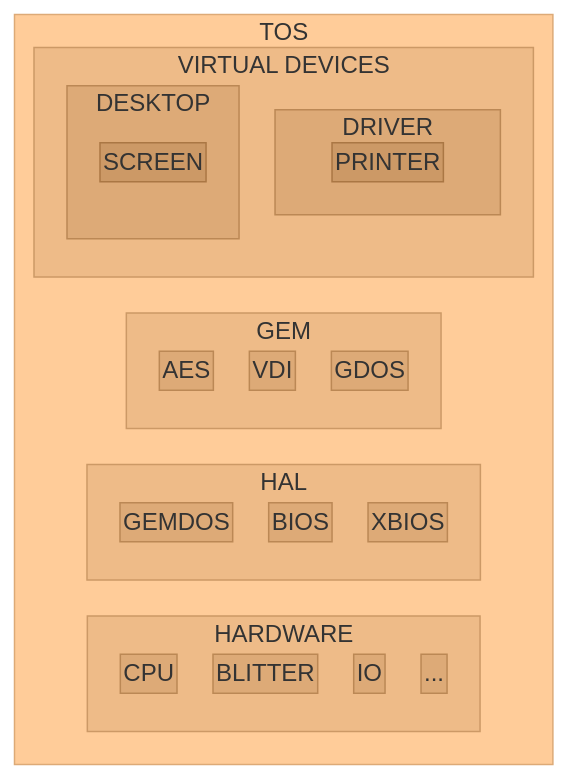
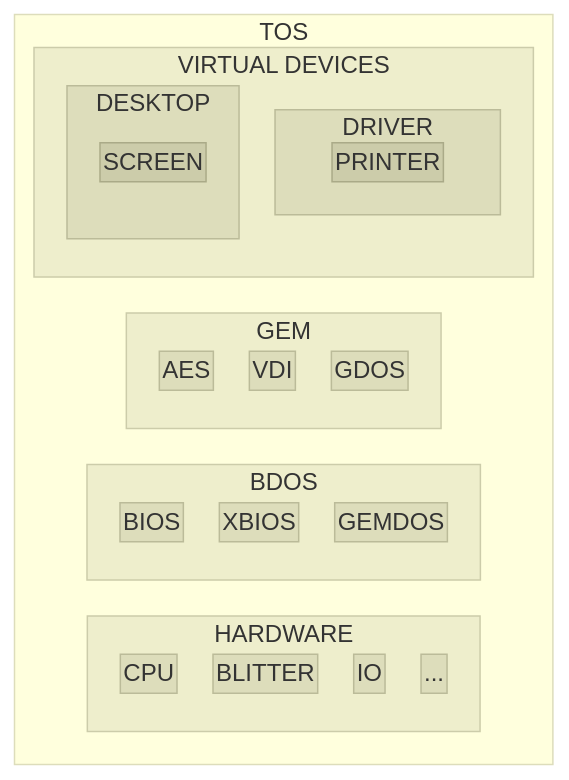
The diagram in README.md (Kochise/atari-tos), drawn with Mermaid before and after one commit. The commit also changed other lines of this file, not shown here.

````diff
--- a/README.md
+++ b/README.md
@@ -41,75 +63,75 @@
 ```mermaid
 %%{ init: { 'flowchart': { 'padding': 1, 'nodeSpacing': 24, 'rankSpacing': 1, 'diagramPadding': 1 }}}%%
 flowchart TD
 	subgraph TOS
 		subgraph HARDWARE
 			CPU
 			BLITTER
 			IO
 			...
 		end
-		subgraph HAL
-			GEMDOS
+		subgraph BDOS
 			BIOS
 			XBIOS
+			GEMDOS
 		end
 		subgraph GEM
 			AES
 			VDI
 			GDOS
 		end
 		subgraph VD[VIRTUAL DEVICES]
 			subgraph DRIVER
 				PRINTER
 			end
 			subgraph DESKTOP
 				SCREEN
 			end
 		end
 	end
 
 	click CPU "https://github.com/Kochise/atari-docs/tree/master/CPU68030" _blank
 	click BLITTER "https://github.com/Kochise/atari-docs/tree/master/BLITTER" _blank
 
-	click GEMDOS "https://github.com/Kochise/atari-tos/tree/master/HAL/GEMDOS" _blank
 	click BIOS "https://github.com/Kochise/atari-tos/tree/master/HAL/BIOS" _blank
 	click XBIOS "https://github.com/Kochise/atari-tos/tree/master/HAL/XBIOS" _blank
+	click GEMDOS "https://github.com/Kochise/atari-tos/tree/master/HAL/GEMDOS" _blank
 
 	click AES "https://github.com/Kochise/atari-tos/tree/master/GEM/AES" _blank
 	click VDI "https://github.com/Kochise/atari-tos/tree/master/GEM/VDI" _blank
 	click GDOS "https://github.com/Kochise/atari-tos/tree/master/GEM/GDOS" _blank
 
+	click SCREEN "https://github.com/Kochise/atari-tos/tree/master/VD/SCREEN" _blank
 	click PRINTER "https://github.com/Kochise/atari-tos/tree/master/VD/PRINTER" _blank
-	click SCREEN "https://github.com/Kochise/atari-tos/tree/master/VD/SCREEN" _blank
 
-	classDef lvl0 fill:#fc9,stroke:#da7;
-	classDef lvl1 fill:#eb8,stroke:#c96;
-	classDef lvl2 fill:#da7,stroke:#b85;
-	classDef lvl3 fill:#c96,stroke:#a74;
-	classDef lvl4 fill:#b85,stroke:#963;
-	classDef lvl5 fill:#a74,stroke:#852;
+	classDef lvl0 fill:#ffd,stroke:#ddb;
+	classDef lvl1 fill:#eec,stroke:#cca;
+	classDef lvl2 fill:#ddb,stroke:#bb9;
+	classDef lvl3 fill:#cca,stroke:#aa8;
+	classDef lvl4 fill:#bb9,stroke:#997;
+	classDef lvl5 fill:#aa8,stroke:#886;
 
 	class TOS lvl0;
 
 	class HARDWARE lvl1
 	class CPU lvl2
 	class BLITTER lvl2
 	class IO lvl2
 	class ... lvl2
 
-	class HAL lvl1
-	class GEMDOS lvl2
+	class BDOS lvl1
 	class BIOS lvl2
 	class XBIOS lvl2
+	class GEMDOS lvl2
 
 	class GEM lvl1
 	class AES lvl2
 	class VDI lvl2
 	class GDOS lvl2
 
 	class VD lvl1
+	class DESKTOP lvl2
+	class SCREEN lvl3
 	class DRIVER lvl2
 	class PRINTER lvl3
-	class DESKTOP lvl2
-	class SCREEN lvl3
 ```
````
